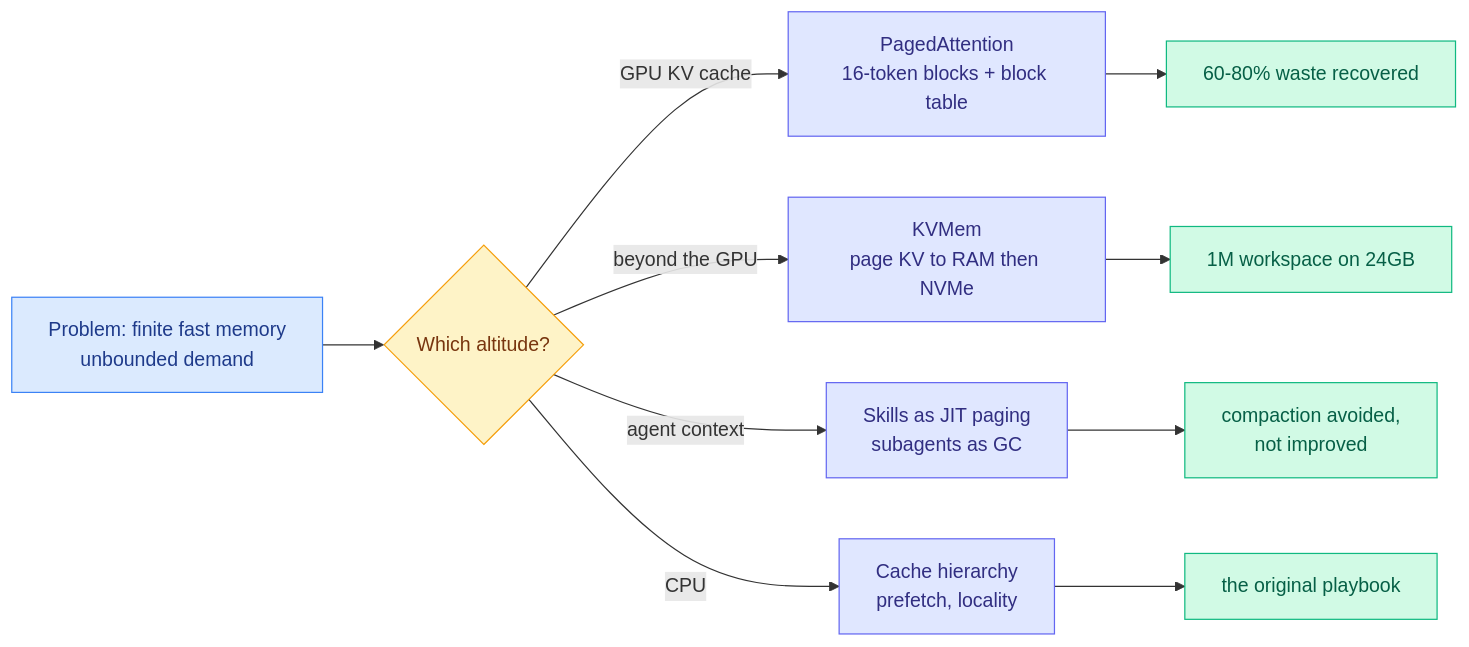
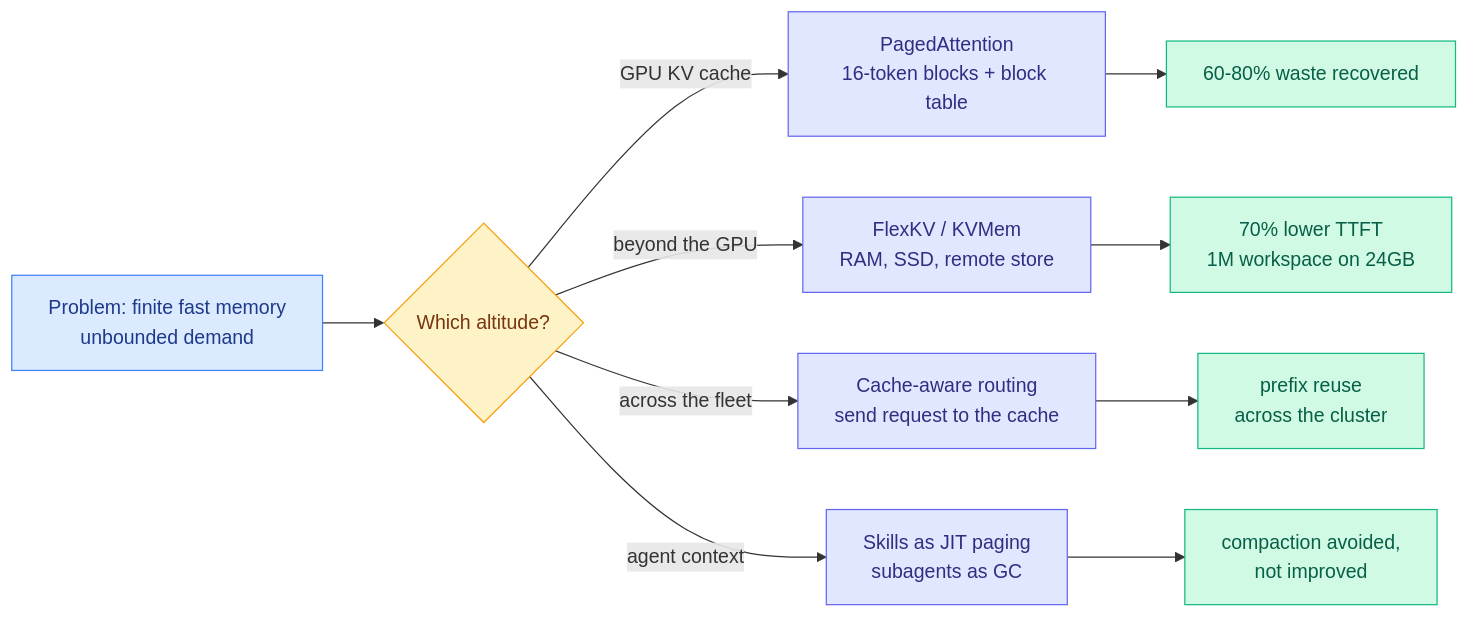
One commit to bayesiansapien/cere-bro changed the diagram in wiki/media-zone/2026-09/2026-09-08.md. Above: the diagram before and after it, drawn with Mermaid. The commit also changed other lines of this file, not shown here.

````diff
--- a/wiki/media-zone/2026-09/2026-09-08.md
+++ b/wiki/media-zone/2026-09/2026-09-08.md
@@ -24,20 +24,20 @@
 ```mermaid
 flowchart LR
   P[Problem: finite fast memory<br/>unbounded demand] --> G{Which altitude?}
   G -->|GPU KV cache| A[PagedAttention<br/>16-token blocks + block table]
-  G -->|beyond the GPU| B[KVMem<br/>page KV to RAM then NVMe]
+  G -->|beyond the GPU| B[FlexKV / KVMem<br/>RAM, SSD, remote store]
+  G -->|across the fleet| R[Cache-aware routing<br/>send request to the cache]
   G -->|agent context| C[Skills as JIT paging<br/>subagents as GC]
-  G -->|CPU| D[Cache hierarchy<br/>prefetch, locality]
   A --> W[60-80% waste recovered]
-  B --> X[1M workspace on 24GB]
+  B --> X[70% lower TTFT<br/>1M workspace on 24GB]
+  R --> V[prefix reuse<br/>across the cluster]
   C --> Y[compaction avoided,<br/>not improved]
-  D --> Z[the original playbook]
   classDef input fill:#dbeafe,stroke:#3b82f6,color:#1e3a8a
   classDef decision fill:#fef3c7,stroke:#f59e0b,color:#78350f
   classDef output fill:#d1fae5,stroke:#10b981,color:#065f46
   classDef aux fill:#e0e7ff,stroke:#6366f1,color:#312e81
   class P input
   class G decision
-  class A,B,C,D aux
-  class W,X,Y,Z output
+  class A,B,R,C aux
+  class W,X,V,Y output
 ```
````
